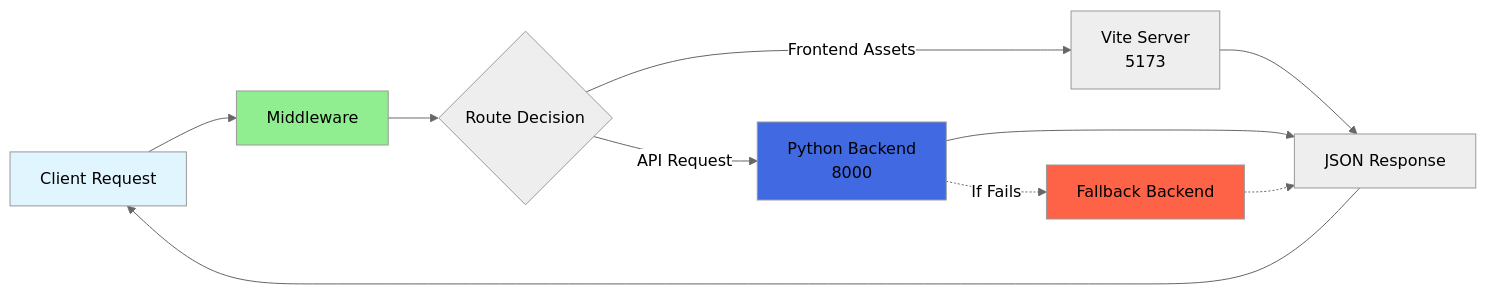
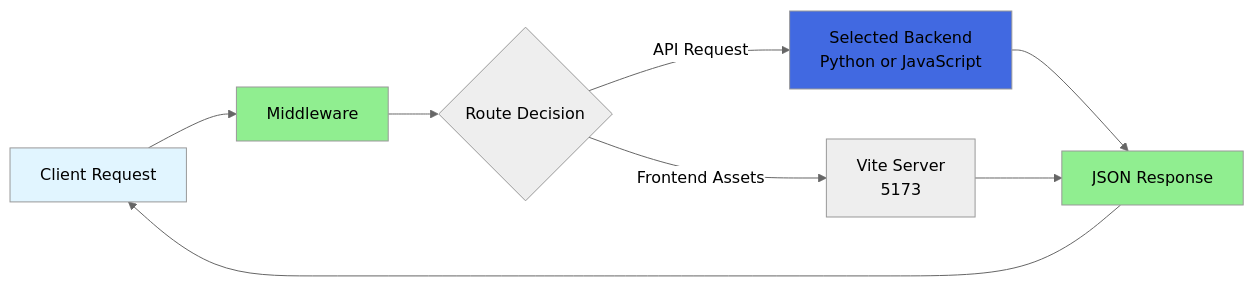
Before and after one commit to sunyhydralab/QView3D: the first of 3 diagrams in docs/ARCHITECTURE.md, drawn with Mermaid (neutral theme). The commit also changed other lines of this file and 4 other files, not shown here.

````diff
--- a/docs/ARCHITECTURE.md
+++ b/docs/ARCHITECTURE.md
@@ -39,17 +39,15 @@
 ```mermaid
 flowchart LR
     Client[Client Request] --> Middleware
     Middleware --> Decision{Route Decision}
     Decision -->|Frontend Assets| Vite[Vite Server<br/>5173]
-    Decision -->|API Request| Backend[Python Backend<br/>8000]
+    Decision -->|API Request| Backend[Selected Backend<br/>Python or JavaScript]
     Backend --> Response[JSON Response]
     Vite --> Response
     Response --> Client
-    Backend -.->|If Fails| Fallback[Fallback Backend]
-    Fallback -.-> Response
 
     style Client fill:#e1f5ff
     style Middleware fill:#90ee90
     style Backend fill:#4169e1
-    style Fallback fill:#ff6347
+    style Response fill:#90ee90
 ```
````
